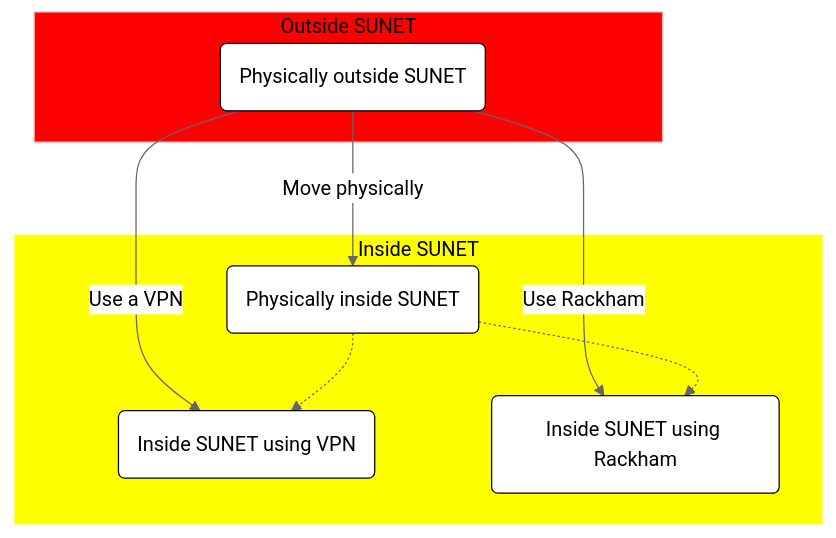
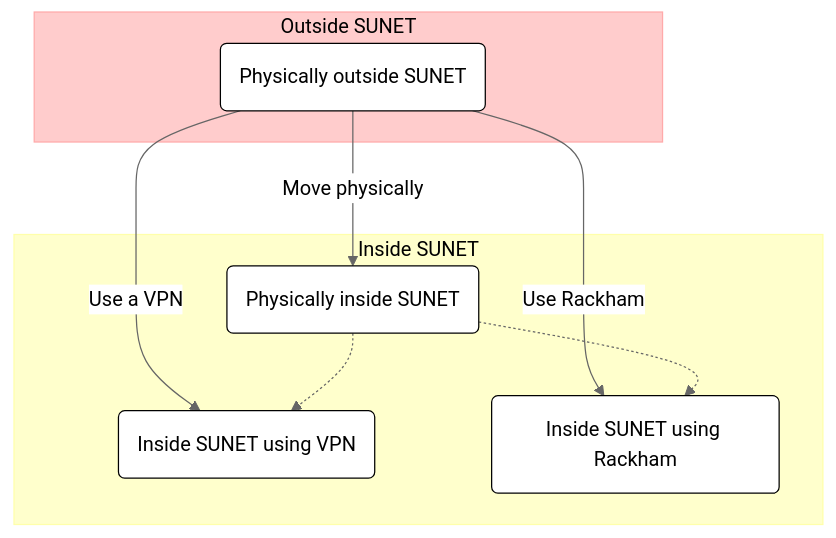
One commit to UPPMAX/bianca_workshop changed the second of 4 diagrams in docs/login_bianca.md. Above: the diagram before and after it, drawn with Mermaid (neutral theme). The commit also changed other lines of this file, not shown here.

````diff
--- a/docs/login_bianca.md
+++ b/docs/login_bianca.md
@@ -114,26 +114,26 @@
 ```mermaid
 flowchart TD
 
     subgraph sub_outside[Outside SUNET]
       outside(Physically outside SUNET)
       style outside fill:#fff,color:#000,stroke:#000
     end    
-    style sub_outside fill:#f00,color:#000,stroke:#faa
+    style sub_outside fill:#fcc,color:#000,stroke:#faa
 
     subgraph sub_inside[Inside SUNET]
       physically_inside(Physically inside SUNET)
       inside_using_vpn(Inside SUNET using VPN)
       inside_using_rackham(Inside SUNET using Rackham)
       style physically_inside fill:#fff,color:#000,stroke:#000
       style inside_using_vpn fill:#fff,color:#000,stroke:#000
       style inside_using_rackham fill:#fff,color:#000,stroke:#000
     end
-    style sub_inside fill:#ff0,color:#000,stroke:#ffa
+    style sub_inside fill:#ffc,color:#000,stroke:#ffa
 
 
     outside-->|Move physically|physically_inside
     outside-->|Use a VPN|inside_using_vpn
     outside-->|Use Rackham|inside_using_rackham
     physically_inside-.->inside_using_rackham
     physically_inside-.->inside_using_vpn
 ```
````
